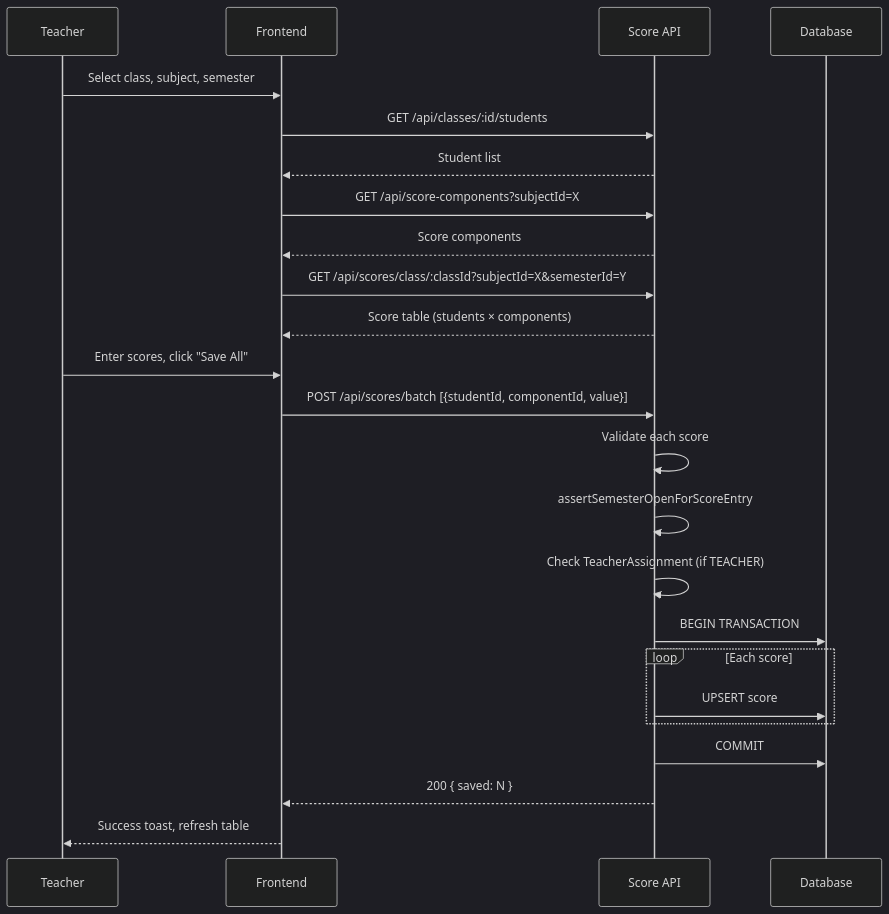
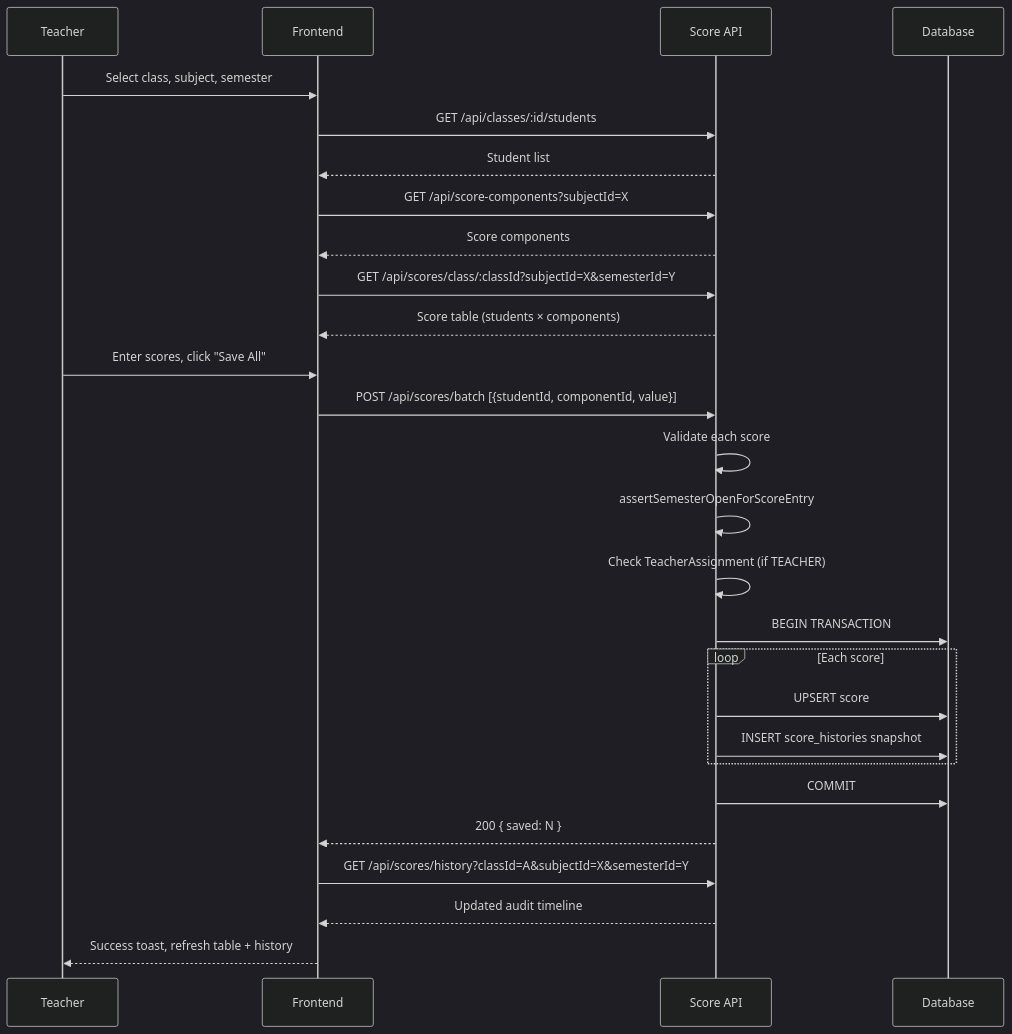
One commit to haidonglethqb/CloudSchool changed the diagram in docs/system/data-flows/score-entry-flow.md. Above: the diagram before and after it, drawn with Mermaid (dark theme). The commit also changed other lines of this file and 1144 other files, not shown here.

````diff
--- a/docs/system/data-flows/score-entry-flow.md
+++ b/docs/system/data-flows/score-entry-flow.md
@@ -31,27 +34,30 @@
 ```mermaid
 sequenceDiagram
     participant T as Teacher
     participant F as Frontend
     participant S as Score API
     participant D as Database
 
     T->>F: Select class, subject, semester
     F->>S: GET /api/classes/:id/students
     S-->>F: Student list
     F->>S: GET /api/score-components?subjectId=X
     S-->>F: Score components
     F->>S: GET /api/scores/class/:classId?subjectId=X&semesterId=Y
     S-->>F: Score table (students × components)
     T->>F: Enter scores, click "Save All"
     F->>S: POST /api/scores/batch [{studentId, componentId, value}]
     S->>S: Validate each score
     S->>S: assertSemesterOpenForScoreEntry
     S->>S: Check TeacherAssignment (if TEACHER)
     S->>D: BEGIN TRANSACTION
     loop Each score
         S->>D: UPSERT score
+      S->>D: INSERT score_histories snapshot
     end
     S->>D: COMMIT
     S-->>F: 200 { saved: N }
-    F-->>T: Success toast, refresh table
+    F->>S: GET /api/scores/history?classId=A&subjectId=X&semesterId=Y
+    S-->>F: Updated audit timeline
+    F-->>T: Success toast, refresh table + history
 ```
````
